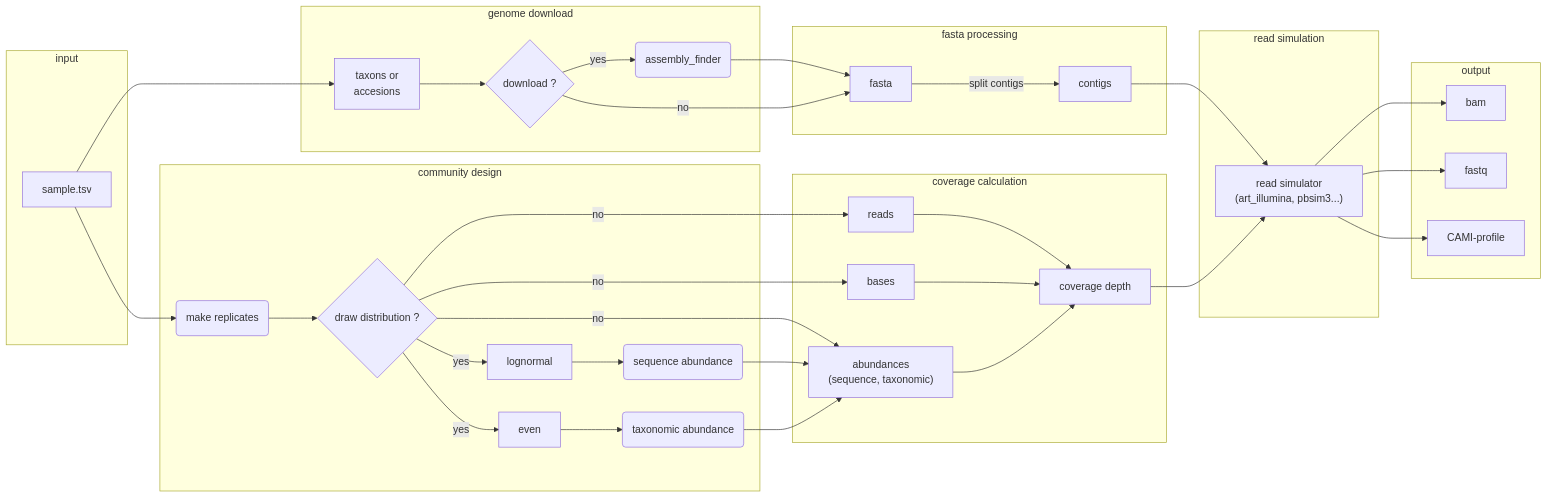
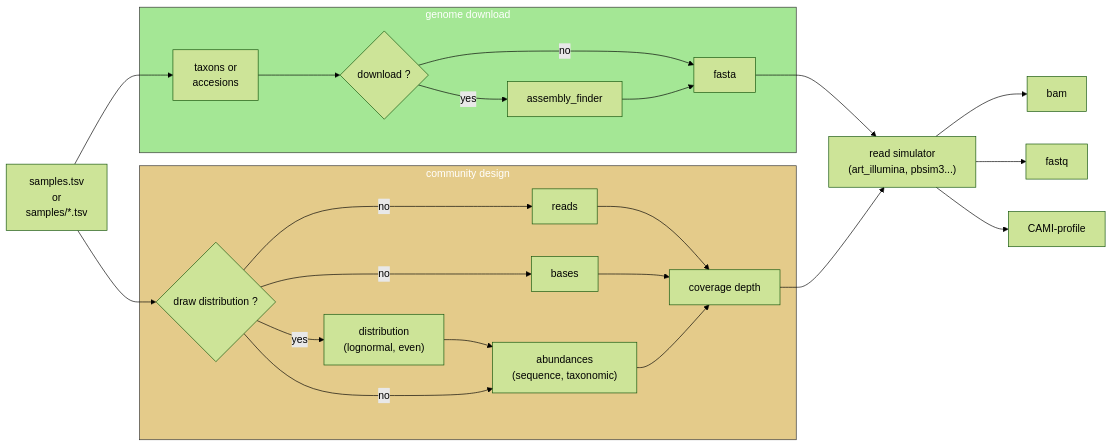
One commit to metagenlab/MeSS changed the diagram in README.md. Above: the diagram before and after it, drawn with Mermaid.

Commit message:
simplified mermaid chart

````diff
--- a/README.md
+++ b/README.md
@@ -21,60 +21,47 @@
 ``` mermaid
+%%{init: {'theme':'forest'}}%%
 flowchart LR
-subgraph input
-sample[sample.tsv]
+fasta
+input["samples.tsv 
+or 
+samples/*.tsv"] --> taxons
+
+subgraph download["genome download"]
+dlchoice{download ?}
+taxons["taxons or
+accesions"] --> dlchoice
+dlchoice -->|yes| assembly_finder
+dlchoice -->|no| fasta 
+assembly_finder --> fasta
 end
 
-sample --> genome
-assembly_finder(assembly_finder)
-fasta
-subgraph download[genome download]
-B{download ?}
-genome["taxons or
-accesions"] --> B
-B -->|yes| assembly_finder
-end
-sample --> replicates(make replicates)
-subgraph community design
-dist{draw distribution ?}
-dist -->|yes| lognormal
-lognormal --> seqab("sequence abundance")
-dist -->|yes| even
-even --> taxab("taxonomic abundance")
-
-replicates --> dist
-
-end
-dist -->|no | reads
-dist -->|no | bases
-dist -->|no | abundances
-seqab --> abundances
-taxab --> abundances
-
-assembly_finder --> fasta
-subgraph fasta processing
-fasta --> |split contigs| contigs
-end
-
-subgraph coverage_calculation[coverage calculation]
+input --> distchoice
+subgraph community["community design"]
+distchoice{draw distribution ?}
+distchoice -->|yes| dist["distribution 
+(lognormal, even)"]
+dist --> abundances
+distchoice -->|no| reads
+distchoice -->|no| bases
+distchoice -->|no| abundances
 depth["coverage depth"]
 reads --> depth
 bases --> depth
 abundances["abundances 
 (sequence, taxonomic)"] --> depth 
 end
+fasta --> simulator
+depth --> simulator
 
-subgraph read simulation
- simulator["read simulator 
- (art_illumina, pbsim3...)"]
- contigs --> simulator
- depth --> simulator
+simulator["read simulator 
+(art_illumina, pbsim3...)"]
+simulator --> bam
+simulator --> fastq
+simulator --> CAMI-profile
 
-end
-subgraph output
- simulator --> bam
- simulator --> fastq
- simulator --> CAMI-profile
-end
-
-B -->|no| fasta 
+%% colors
+classDef yellow fill:#e4cb8a,color:#fff,stroke:#333;
+classDef green fill:#a4e795,color:#fff,stroke:#333;
+class download green
+class community yellow
 ```
````
